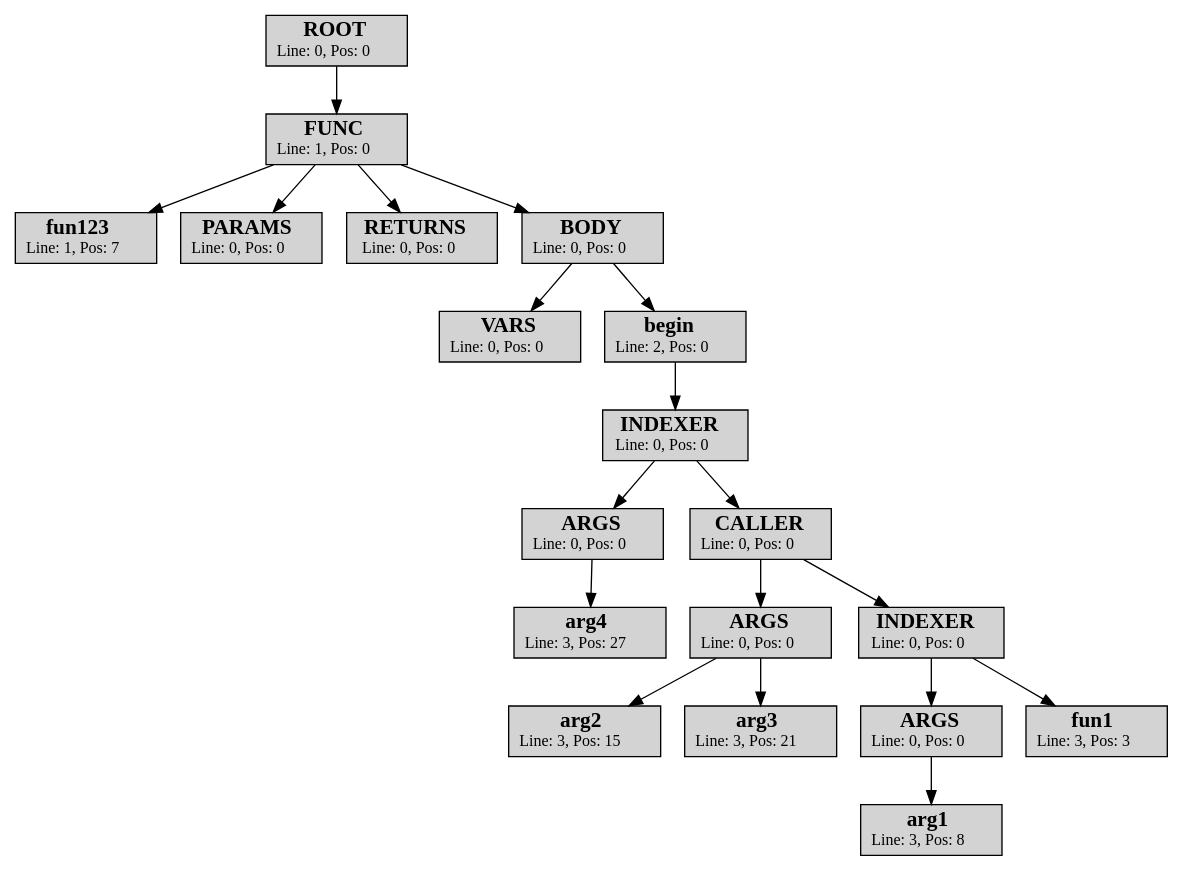
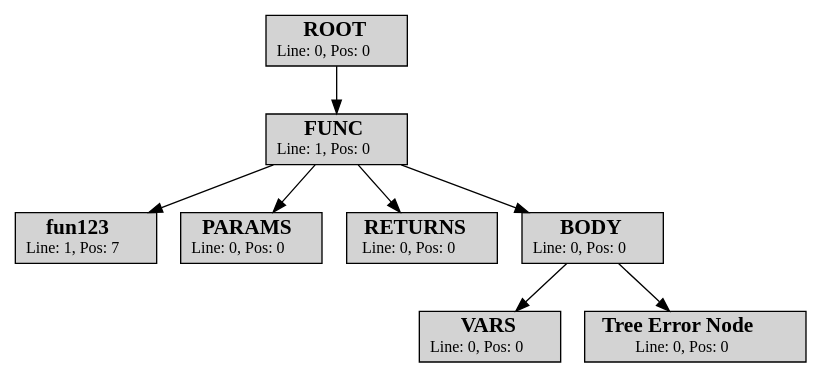
One commit to klephron/itmo changed the diagram in Year-5/System-software/lab-2/io/input.txt.ast.dot. Above: the diagram before and after it, drawn with Graphviz. The commit also changed 11 other files, not shown here.

```diff
--- a/Year-5/System-software/lab-2/io/input.txt.ast.dot
+++ b/Year-5/System-software/lab-2/io/input.txt.ast.dot
@@ -1,40 +1,18 @@
 strict digraph AST{
 node [shape=rect, style=filled]
 id_1[label=< <FONT POINT-SIZE="16"><b>ROOT</b></FONT><br/><FONT POINT-SIZE="12">Line: 0, Pos: 0</FONT> >]
 id_2[label=< <FONT POINT-SIZE="16"><b>FUNC</b></FONT><br/><FONT POINT-SIZE="12">Line: 1, Pos: 0</FONT> >]
 id_3[label=< <FONT POINT-SIZE="16"><b>fun123</b></FONT><br/><FONT POINT-SIZE="12">Line: 1, Pos: 7</FONT> >]
 id_4[label=< <FONT POINT-SIZE="16"><b>PARAMS</b></FONT><br/><FONT POINT-SIZE="12">Line: 0, Pos: 0</FONT> >]
 id_5[label=< <FONT POINT-SIZE="16"><b>RETURNS</b></FONT><br/><FONT POINT-SIZE="12">Line: 0, Pos: 0</FONT> >]
 id_6[label=< <FONT POINT-SIZE="16"><b>BODY</b></FONT><br/><FONT POINT-SIZE="12">Line: 0, Pos: 0</FONT> >]
 id_7[label=< <FONT POINT-SIZE="16"><b>VARS</b></FONT><br/><FONT POINT-SIZE="12">Line: 0, Pos: 0</FONT> >]
-id_8[label=< <FONT POINT-SIZE="16"><b>begin</b></FONT><br/><FONT POINT-SIZE="12">Line: 2, Pos: 0</FONT> >]
-id_9[label=< <FONT POINT-SIZE="16"><b>INDEXER</b></FONT><br/><FONT POINT-SIZE="12">Line: 0, Pos: 0</FONT> >]
-id_10[label=< <FONT POINT-SIZE="16"><b>ARGS</b></FONT><br/><FONT POINT-SIZE="12">Line: 0, Pos: 0</FONT> >]
-id_11[label=< <FONT POINT-SIZE="16"><b>arg4</b></FONT><br/><FONT POINT-SIZE="12">Line: 3, Pos: 27</FONT> >]
-id_12[label=< <FONT POINT-SIZE="16"><b>CALLER</b></FONT><br/><FONT POINT-SIZE="12">Line: 0, Pos: 0</FONT> >]
-id_13[label=< <FONT POINT-SIZE="16"><b>ARGS</b></FONT><br/><FONT POINT-SIZE="12">Line: 0, Pos: 0</FONT> >]
-id_14[label=< <FONT POINT-SIZE="16"><b>arg2</b></FONT><br/><FONT POINT-SIZE="12">Line: 3, Pos: 15</FONT> >]
-id_15[label=< <FONT POINT-SIZE="16"><b>arg3</b></FONT><br/><FONT POINT-SIZE="12">Line: 3, Pos: 21</FONT> >]
-id_16[label=< <FONT POINT-SIZE="16"><b>INDEXER</b></FONT><br/><FONT POINT-SIZE="12">Line: 0, Pos: 0</FONT> >]
-id_17[label=< <FONT POINT-SIZE="16"><b>ARGS</b></FONT><br/><FONT POINT-SIZE="12">Line: 0, Pos: 0</FONT> >]
-id_18[label=< <FONT POINT-SIZE="16"><b>arg1</b></FONT><br/><FONT POINT-SIZE="12">Line: 3, Pos: 8</FONT> >]
-id_19[label=< <FONT POINT-SIZE="16"><b>fun1</b></FONT><br/><FONT POINT-SIZE="12">Line: 3, Pos: 3</FONT> >]
+id_8[label=< <FONT POINT-SIZE="16"><b>Tree Error Node</b></FONT><br/><FONT POINT-SIZE="12">Line: 0, Pos: 0</FONT> >]
 id_2 -> id_3
 id_2 -> id_4
 id_2 -> id_5
 id_6 -> id_7
-id_10 -> id_11
-id_9 -> id_10
-id_13 -> id_14
-id_13 -> id_15
-id_12 -> id_13
-id_17 -> id_18
-id_16 -> id_17
-id_16 -> id_19
-id_12 -> id_16
-id_9 -> id_12
-id_8 -> id_9
 id_6 -> id_8
 id_2 -> id_6
 id_1 -> id_2
 }
```
